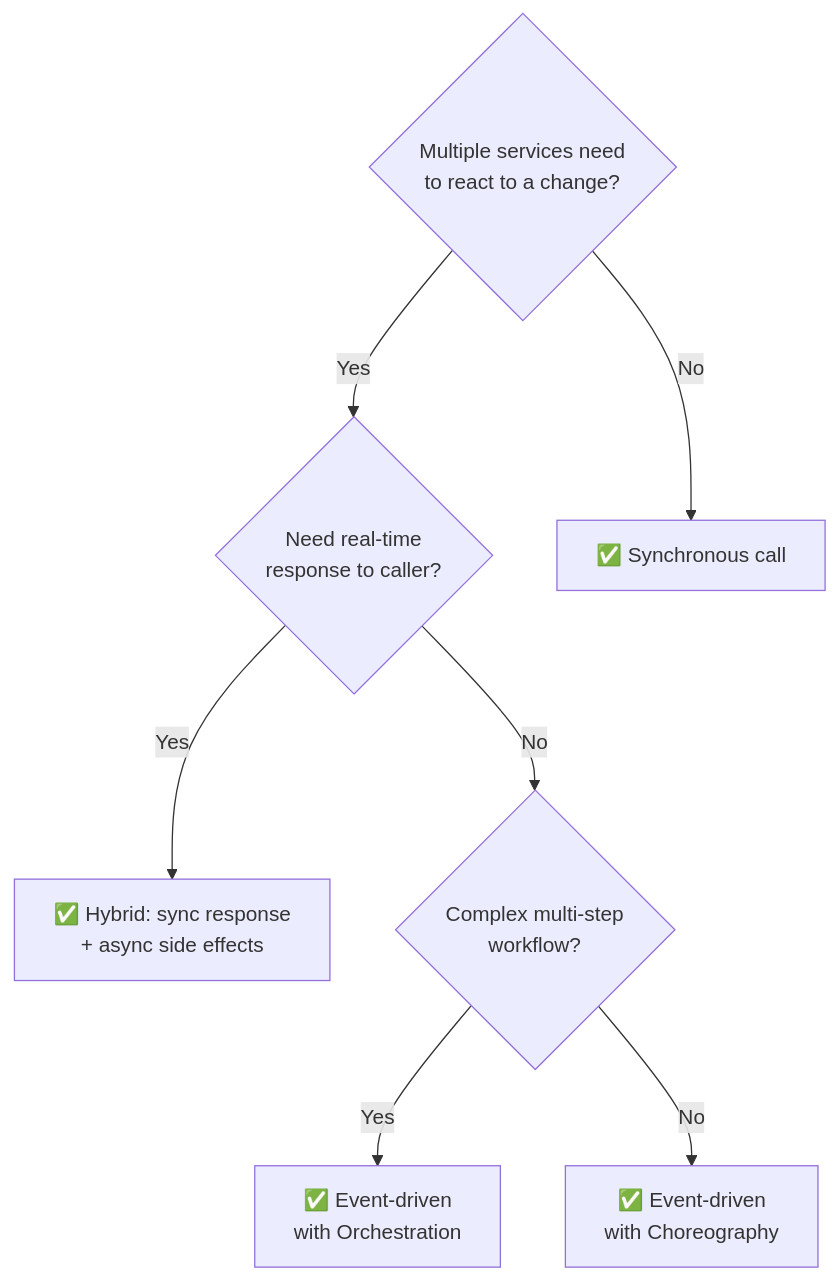
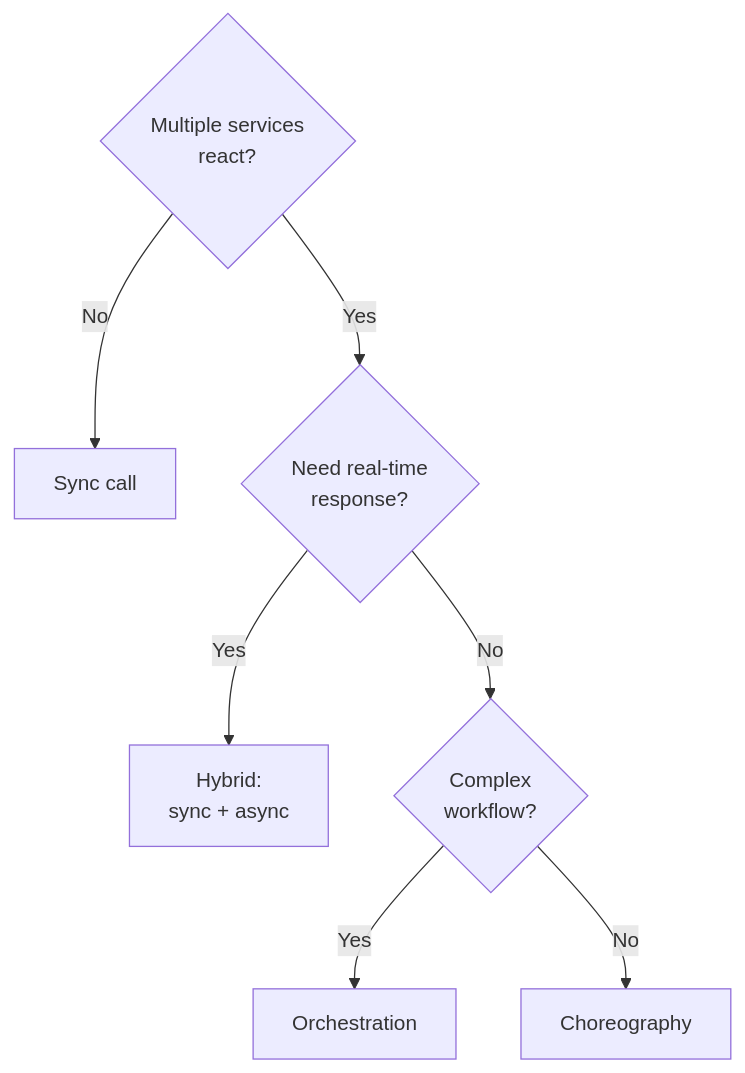
One commit to calmrocks/system-design-dive-deep changed diagram 15 of 16 in Sessions/Event-Driven Architecture/Slides.md. Above: the diagram before and after it, drawn with Mermaid. The commit also changed other lines of this file and 2 other files, not shown here.

```diff
--- a/Sessions/Event-Driven Architecture/Slides.md
+++ b/Sessions/Event-Driven Architecture/Slides.md
@@ -852,11 +506,9 @@
 ~~~mermaid
 flowchart TB
-    Q1{"Multiple services need\nto react to a change?"} -->|Yes| Q2{"Need real-time\nresponse to caller?"}
-    Q1 -->|No| SYNC["✅ Synchronous call"]
-
-    Q2 -->|Yes| HYBRID["✅ Hybrid: sync response\n+ async side effects"]
-    Q2 -->|No| Q3{"Complex multi-step\nworkflow?"}
-
-    Q3 -->|Yes| ORCH["✅ Event-driven\nwith Orchestration"]
-    Q3 -->|No| CHOREO["✅ Event-driven\nwith Choreography"]
+    Q1{"Multiple services<br>react?"} -->|No| SYNC[Sync call]
+    Q1 -->|Yes| Q2{"Need real-time<br>response?"}
+    Q2 -->|Yes| HYB["Hybrid:<br>sync + async"]
+    Q2 -->|No| Q3{"Complex<br>workflow?"}
+    Q3 -->|Yes| ORCH[Orchestration]
+    Q3 -->|No| CHOREO[Choreography]
 ~~~
```
